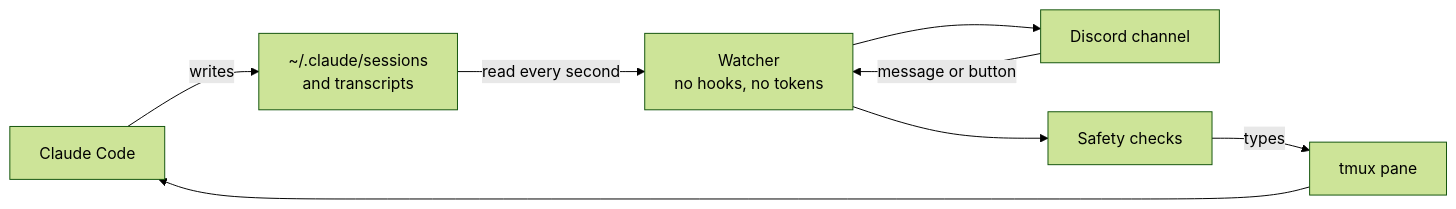
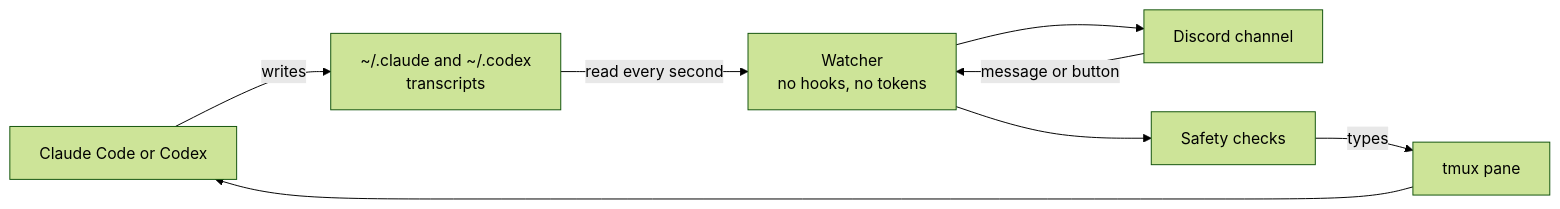
One commit to h3692/claude-code-discord-sync changed the diagram in README.md. Above: the diagram before and after it, drawn with Mermaid (forest theme). The commit also changed other lines of this file and 2 other files, not shown here.

Commit message:
Document Codex support and bump version to 0.2.0

````diff
--- a/README.md
+++ b/README.md
@@ -174,10 +206,10 @@
 ```mermaid
 flowchart LR
-  A[Claude Code] -->|writes| B["~/.claude/sessions<br/>and transcripts"]
+  A[Claude Code or Codex] -->|writes| B["~/.claude and ~/.codex<br/>transcripts"]
   B -->|read every second| C["Watcher<br/>no hooks, no tokens"]
   C --> D[Discord channel]
   D -->|message or button| C
   C --> E[Safety checks]
   E -->|types| F[tmux pane]
   F --> A
 ```
````
